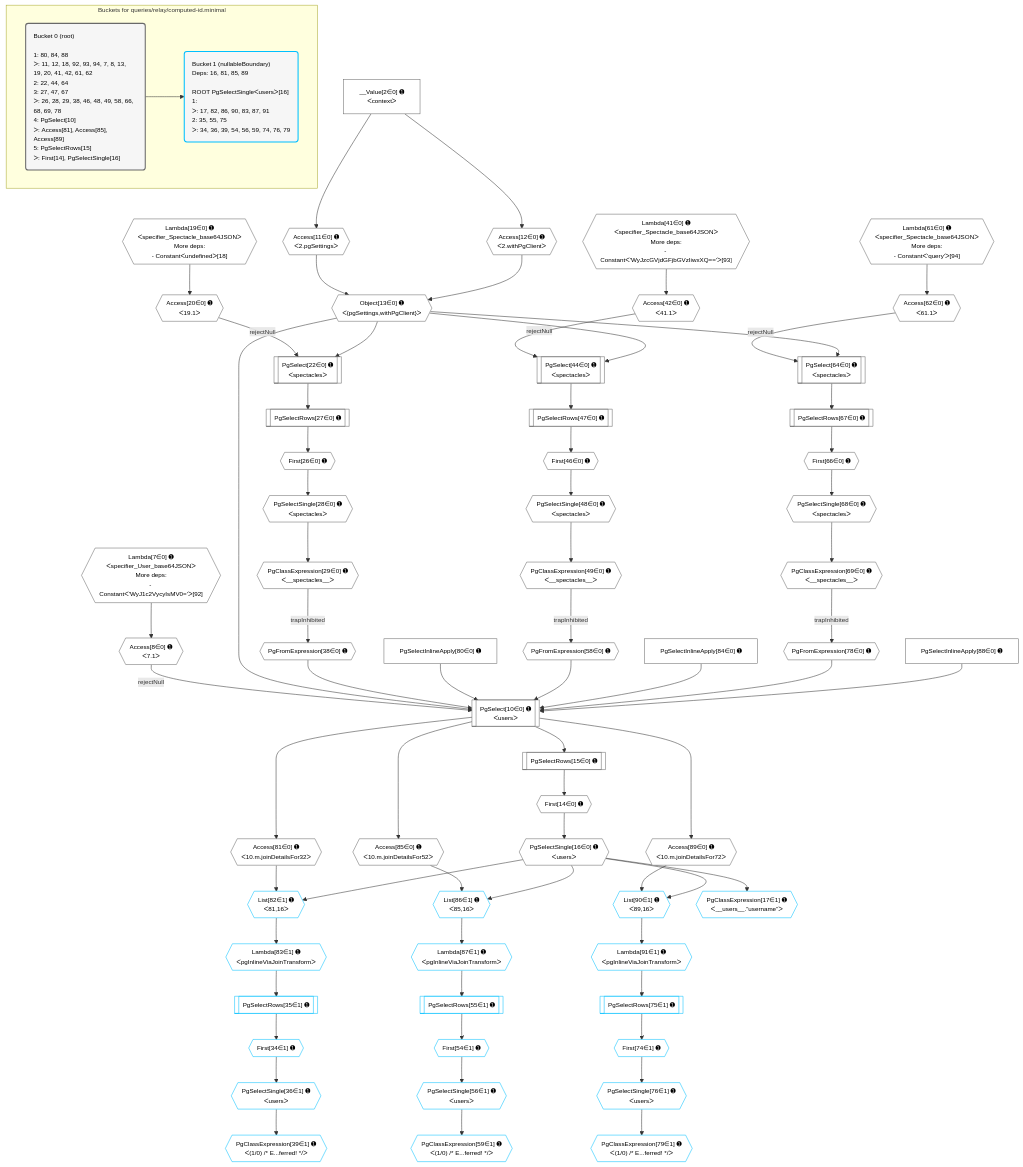
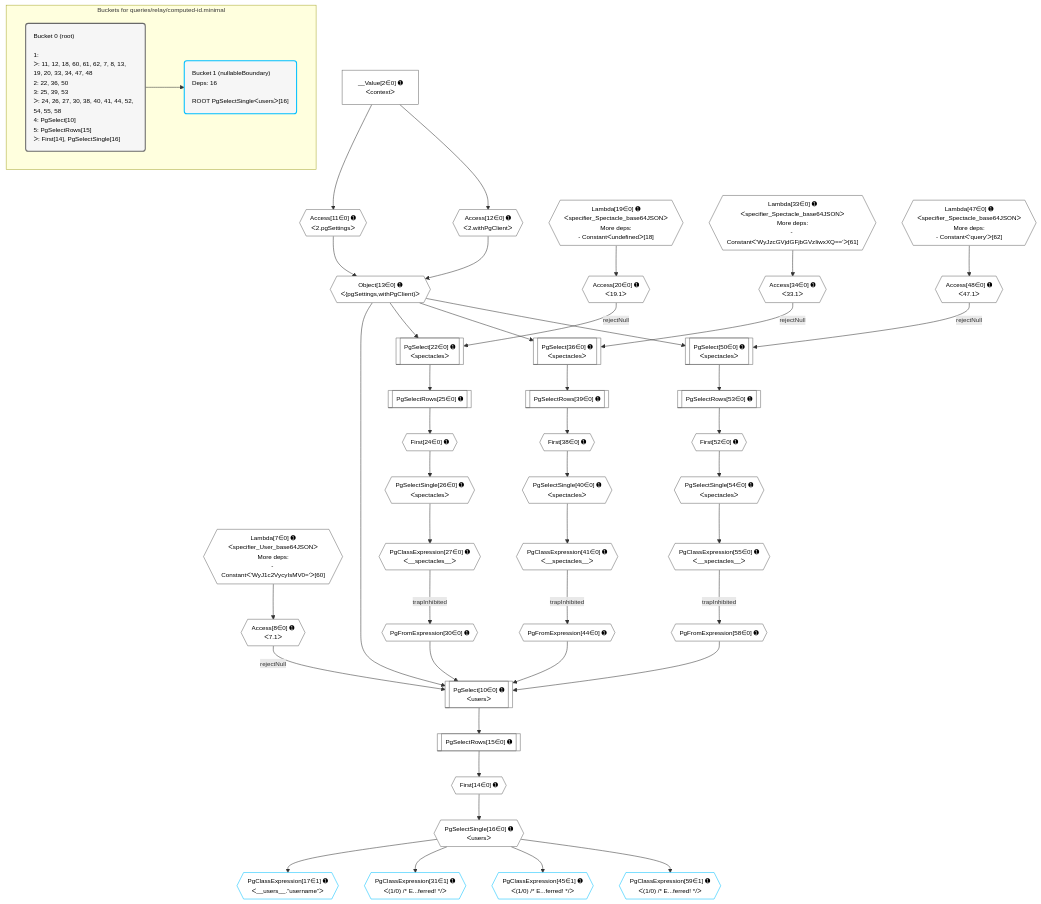
Before and after one commit to graphile/crystal: the diagram in postgraphile/postgraphile/__tests__/queries/relay/computed-id.minimal.mermaid, drawn with Mermaid. The commit also changed 4 other files, not shown here.

Commit message:
Remove some redundancy from SQL by planning inputs in the root layer plan

```diff
--- a/postgraphile/postgraphile/__tests__/queries/relay/computed-id.minimal.mermaid
+++ b/postgraphile/postgraphile/__tests__/queries/relay/computed-id.minimal.mermaid
@@ -1,136 +1,97 @@
 %%{init: {'themeVariables': { 'fontSize': '12px'}}}%%
 graph TD
     classDef path fill:#eee,stroke:#000,color:#000
     classDef plan fill:#fff,stroke-width:1px,color:#000
     classDef itemplan fill:#fff,stroke-width:2px,color:#000
     classDef unbatchedplan fill:#dff,stroke-width:1px,color:#000
     classDef sideeffectplan fill:#fcc,stroke-width:2px,color:#000
     classDef bucket fill:#f6f6f6,color:#000,stroke-width:2px,text-align:left
 
     subgraph "Buckets for queries/relay/computed-id.minimal"
-    Bucket0("Bucket 0 (root)<br /><br />1: 80, 84, 88<br />ᐳ: 11, 12, 18, 92, 93, 94, 7, 8, 13, 19, 20, 41, 42, 61, 62<br />2: 22, 44, 64<br />3: 27, 47, 67<br />ᐳ: 26, 28, 29, 38, 46, 48, 49, 58, 66, 68, 69, 78<br />4: PgSelect[10]<br />ᐳ: Access[81], Access[85], Access[89]<br />5: PgSelectRows[15]<br />ᐳ: First[14], PgSelectSingle[16]"):::bucket
-    Bucket1("Bucket 1 (nullableBoundary)<br />Deps: 16, 81, 85, 89<br /><br />ROOT PgSelectSingleᐸusersᐳ[16]<br />1: <br />ᐳ: 17, 82, 86, 90, 83, 87, 91<br />2: 35, 55, 75<br />ᐳ: 34, 36, 39, 54, 56, 59, 74, 76, 79"):::bucket
+    Bucket0("Bucket 0 (root)<br /><br />1: <br />ᐳ: 11, 12, 18, 60, 61, 62, 7, 8, 13, 19, 20, 33, 34, 47, 48<br />2: 22, 36, 50<br />3: 25, 39, 53<br />ᐳ: 24, 26, 27, 30, 38, 40, 41, 44, 52, 54, 55, 58<br />4: PgSelect[10]<br />5: PgSelectRows[15]<br />ᐳ: First[14], PgSelectSingle[16]"):::bucket
+    Bucket1("Bucket 1 (nullableBoundary)<br />Deps: 16<br /><br />ROOT PgSelectSingleᐸusersᐳ[16]"):::bucket
     end
     Bucket0 --> Bucket1
 
     %% plan dependencies
     PgSelect10[["PgSelect[10∈0] ➊<br />ᐸusersᐳ"]]:::plan
     Object13{{"Object[13∈0] ➊<br />ᐸ{pgSettings,withPgClient}ᐳ"}}:::plan
     Access8{{"Access[8∈0] ➊<br />ᐸ7.1ᐳ"}}:::plan
-    PgFromExpression38{{"PgFromExpression[38∈0] ➊"}}:::plan
-    PgSelectInlineApply80["PgSelectInlineApply[80∈0] ➊"]:::plan
+    PgFromExpression30{{"PgFromExpression[30∈0] ➊"}}:::plan
+    PgFromExpression44{{"PgFromExpression[44∈0] ➊"}}:::plan
     PgFromExpression58{{"PgFromExpression[58∈0] ➊"}}:::plan
-    PgSelectInlineApply84["PgSelectInlineApply[84∈0] ➊"]:::plan
-    PgFromExpression78{{"PgFromExpression[78∈0] ➊"}}:::plan
-    PgSelectInlineApply88["PgSelectInlineApply[88∈0] ➊"]:::plan
     Access8 -->|rejectNull| PgSelect10
-    Object13 & PgFromExpression38 & PgSelectInlineApply80 & PgFromExpression58 & PgSelectInlineApply84 & PgFromExpression78 & PgSelectInlineApply88 --> PgSelect10
+    Object13 & PgFromExpression30 & PgFromExpression44 & PgFromExpression58 --> PgSelect10
     Access11{{"Access[11∈0] ➊<br />ᐸ2.pgSettingsᐳ"}}:::plan
     Access12{{"Access[12∈0] ➊<br />ᐸ2.withPgClientᐳ"}}:::plan
     Access11 & Access12 --> Object13
     PgSelect22[["PgSelect[22∈0] ➊<br />ᐸspectaclesᐳ"]]:::plan
     Access20{{"Access[20∈0] ➊<br />ᐸ19.1ᐳ"}}:::plan
     Access20 -->|rejectNull| PgSelect22
     Object13 --> PgSelect22
-    PgSelect44[["PgSelect[44∈0] ➊<br />ᐸspectaclesᐳ"]]:::plan
-    Access42{{"Access[42∈0] ➊<br />ᐸ41.1ᐳ"}}:::plan
-    Access42 -->|rejectNull| PgSelect44
-    Object13 --> PgSelect44
-    PgSelect64[["PgSelect[64∈0] ➊<br />ᐸspectaclesᐳ"]]:::plan
-    Access62{{"Access[62∈0] ➊<br />ᐸ61.1ᐳ"}}:::plan
-    Access62 -->|rejectNull| PgSelect64
-    Object13 --> PgSelect64
-    Lambda7{{"Lambda[7∈0] ➊<br />ᐸspecifier_User_base64JSONᐳ<br />More deps:<br />- Constantᐸ'WyJ1c2VycyIsMV0='ᐳ[92]"}}:::plan
+    PgSelect36[["PgSelect[36∈0] ➊<br />ᐸspectaclesᐳ"]]:::plan
+    Access34{{"Access[34∈0] ➊<br />ᐸ33.1ᐳ"}}:::plan
+    Access34 -->|rejectNull| PgSelect36
+    Object13 --> PgSelect36
+    PgSelect50[["PgSelect[50∈0] ➊<br />ᐸspectaclesᐳ"]]:::plan
+    Access48{{"Access[48∈0] ➊<br />ᐸ47.1ᐳ"}}:::plan
+    Access48 -->|rejectNull| PgSelect50
+    Object13 --> PgSelect50
+    Lambda7{{"Lambda[7∈0] ➊<br />ᐸspecifier_User_base64JSONᐳ<br />More deps:<br />- Constantᐸ'WyJ1c2VycyIsMV0='ᐳ[60]"}}:::plan
     Lambda7 --> Access8
     __Value2["__Value[2∈0] ➊<br />ᐸcontextᐳ"]:::plan
     __Value2 --> Access11
     __Value2 --> Access12
     First14{{"First[14∈0] ➊"}}:::plan
     PgSelectRows15[["PgSelectRows[15∈0] ➊"]]:::plan
     PgSelectRows15 --> First14
     PgSelect10 --> PgSelectRows15
     PgSelectSingle16{{"PgSelectSingle[16∈0] ➊<br />ᐸusersᐳ"}}:::plan
     First14 --> PgSelectSingle16
     Lambda19{{"Lambda[19∈0] ➊<br />ᐸspecifier_Spectacle_base64JSONᐳ<br />More deps:<br />- Constantᐸundefinedᐳ[18]"}}:::plan
     Lambda19 --> Access20
-    First26{{"First[26∈0] ➊"}}:::plan
-    PgSelectRows27[["PgSelectRows[27∈0] ➊"]]:::plan
-    PgSelectRows27 --> First26
-    PgSelect22 --> PgSelectRows27
-    PgSelectSingle28{{"PgSelectSingle[28∈0] ➊<br />ᐸspectaclesᐳ"}}:::plan
-    First26 --> PgSelectSingle28
-    PgClassExpression29{{"PgClassExpression[29∈0] ➊<br />ᐸ__spectacles__ᐳ"}}:::plan
-    PgSelectSingle28 --> PgClassExpression29
-    PgClassExpression29 -->|trapInhibited| PgFromExpression38
-    Lambda41{{"Lambda[41∈0] ➊<br />ᐸspecifier_Spectacle_base64JSONᐳ<br />More deps:<br />- Constantᐸ'WyJzcGVjdGFjbGVzIiwxXQ=='ᐳ[93]"}}:::plan
-    Lambda41 --> Access42
-    First46{{"First[46∈0] ➊"}}:::plan
-    PgSelectRows47[["PgSelectRows[47∈0] ➊"]]:::plan
-    PgSelectRows47 --> First46
-    PgSelect44 --> PgSelectRows47
-    PgSelectSingle48{{"PgSelectSingle[48∈0] ➊<br />ᐸspectaclesᐳ"}}:::plan
-    First46 --> PgSelectSingle48
-    PgClassExpression49{{"PgClassExpression[49∈0] ➊<br />ᐸ__spectacles__ᐳ"}}:::plan
-    PgSelectSingle48 --> PgClassExpression49
-    PgClassExpression49 -->|trapInhibited| PgFromExpression58
-    Lambda61{{"Lambda[61∈0] ➊<br />ᐸspecifier_Spectacle_base64JSONᐳ<br />More deps:<br />- Constantᐸ'query'ᐳ[94]"}}:::plan
-    Lambda61 --> Access62
-    First66{{"First[66∈0] ➊"}}:::plan
-    PgSelectRows67[["PgSelectRows[67∈0] ➊"]]:::plan
-    PgSelectRows67 --> First66
-    PgSelect64 --> PgSelectRows67
-    PgSelectSingle68{{"PgSelectSingle[68∈0] ➊<br />ᐸspectaclesᐳ"}}:::plan
-    First66 --> PgSelectSingle68
-    PgClassExpression69{{"PgClassExpression[69∈0] ➊<br />ᐸ__spectacles__ᐳ"}}:::plan
-    PgSelectSingle68 --> PgClassExpression69
-    PgClassExpression69 -->|trapInhibited| PgFromExpression78
-    Access81{{"Access[81∈0] ➊<br />ᐸ10.m.joinDetailsFor32ᐳ"}}:::plan
-    PgSelect10 --> Access81
-    Access85{{"Access[85∈0] ➊<br />ᐸ10.m.joinDetailsFor52ᐳ"}}:::plan
-    PgSelect10 --> Access85
-    Access89{{"Access[89∈0] ➊<br />ᐸ10.m.joinDetailsFor72ᐳ"}}:::plan
-    PgSelect10 --> Access89
-    List82{{"List[82∈1] ➊<br />ᐸ81,16ᐳ"}}:::plan
-    Access81 & PgSelectSingle16 --> List82
-    List86{{"List[86∈1] ➊<br />ᐸ85,16ᐳ"}}:::plan
-    Access85 & PgSelectSingle16 --> List86
-    List90{{"List[90∈1] ➊<br />ᐸ89,16ᐳ"}}:::plan
-    Access89 & PgSelectSingle16 --> List90
+    First24{{"First[24∈0] ➊"}}:::plan
+    PgSelectRows25[["PgSelectRows[25∈0] ➊"]]:::plan
+    PgSelectRows25 --> First24
+    PgSelect22 --> PgSelectRows25
+    PgSelectSingle26{{"PgSelectSingle[26∈0] ➊<br />ᐸspectaclesᐳ"}}:::plan
+    First24 --> PgSelectSingle26
+    PgClassExpression27{{"PgClassExpression[27∈0] ➊<br />ᐸ__spectacles__ᐳ"}}:::plan
+    PgSelectSingle26 --> PgClassExpression27
+    PgClassExpression27 -->|trapInhibited| PgFromExpression30
+    Lambda33{{"Lambda[33∈0] ➊<br />ᐸspecifier_Spectacle_base64JSONᐳ<br />More deps:<br />- Constantᐸ'WyJzcGVjdGFjbGVzIiwxXQ=='ᐳ[61]"}}:::plan
+    Lambda33 --> Access34
+    First38{{"First[38∈0] ➊"}}:::plan
+    PgSelectRows39[["PgSelectRows[39∈0] ➊"]]:::plan
+    PgSelectRows39 --> First38
+    PgSelect36 --> PgSelectRows39
+    PgSelectSingle40{{"PgSelectSingle[40∈0] ➊<br />ᐸspectaclesᐳ"}}:::plan
+    First38 --> PgSelectSingle40
+    PgClassExpression41{{"PgClassExpression[41∈0] ➊<br />ᐸ__spectacles__ᐳ"}}:::plan
+    PgSelectSingle40 --> PgClassExpression41
+    PgClassExpression41 -->|trapInhibited| PgFromExpression44
+    Lambda47{{"Lambda[47∈0] ➊<br />ᐸspecifier_Spectacle_base64JSONᐳ<br />More deps:<br />- Constantᐸ'query'ᐳ[62]"}}:::plan
+    Lambda47 --> Access48
+    First52{{"First[52∈0] ➊"}}:::plan
+    PgSelectRows53[["PgSelectRows[53∈0] ➊"]]:::plan
+    PgSelectRows53 --> First52
+    PgSelect50 --> PgSelectRows53
+    PgSelectSingle54{{"PgSelectSingle[54∈0] ➊<br />ᐸspectaclesᐳ"}}:::plan
+    First52 --> PgSelectSingle54
+    PgClassExpression55{{"PgClassExpression[55∈0] ➊<br />ᐸ__spectacles__ᐳ"}}:::plan
+    PgSelectSingle54 --> PgClassExpression55
+    PgClassExpression55 -->|trapInhibited| PgFromExpression58
     PgClassExpression17{{"PgClassExpression[17∈1] ➊<br />ᐸ__users__.”username”ᐳ"}}:::plan
     PgSelectSingle16 --> PgClassExpression17
-    First34{{"First[34∈1] ➊"}}:::plan
-    PgSelectRows35[["PgSelectRows[35∈1] ➊"]]:::plan
-    PgSelectRows35 --> First34
-    Lambda83{{"Lambda[83∈1] ➊<br />ᐸpgInlineViaJoinTransformᐳ"}}:::plan
-    Lambda83 --> PgSelectRows35
-    PgSelectSingle36{{"PgSelectSingle[36∈1] ➊<br />ᐸusersᐳ"}}:::plan
-    First34 --> PgSelectSingle36
-    PgClassExpression39{{"PgClassExpression[39∈1] ➊<br />ᐸ(1/0) /* E...ferred! */ᐳ"}}:::plan
-    PgSelectSingle36 --> PgClassExpression39
-    First54{{"First[54∈1] ➊"}}:::plan
-    PgSelectRows55[["PgSelectRows[55∈1] ➊"]]:::plan
-    PgSelectRows55 --> First54
-    Lambda87{{"Lambda[87∈1] ➊<br />ᐸpgInlineViaJoinTransformᐳ"}}:::plan
-    Lambda87 --> PgSelectRows55
-    PgSelectSingle56{{"PgSelectSingle[56∈1] ➊<br />ᐸusersᐳ"}}:::plan
-    First54 --> PgSelectSingle56
+    PgClassExpression31{{"PgClassExpression[31∈1] ➊<br />ᐸ(1/0) /* E...ferred! */ᐳ"}}:::plan
+    PgSelectSingle16 --> PgClassExpression31
+    PgClassExpression45{{"PgClassExpression[45∈1] ➊<br />ᐸ(1/0) /* E...ferred! */ᐳ"}}:::plan
+    PgSelectSingle16 --> PgClassExpression45
     PgClassExpression59{{"PgClassExpression[59∈1] ➊<br />ᐸ(1/0) /* E...ferred! */ᐳ"}}:::plan
-    PgSelectSingle56 --> PgClassExpression59
-    First74{{"First[74∈1] ➊"}}:::plan
-    PgSelectRows75[["PgSelectRows[75∈1] ➊"]]:::plan
-    PgSelectRows75 --> First74
-    Lambda91{{"Lambda[91∈1] ➊<br />ᐸpgInlineViaJoinTransformᐳ"}}:::plan
-    Lambda91 --> PgSelectRows75
-    PgSelectSingle76{{"PgSelectSingle[76∈1] ➊<br />ᐸusersᐳ"}}:::plan
-    First74 --> PgSelectSingle76
-    PgClassExpression79{{"PgClassExpression[79∈1] ➊<br />ᐸ(1/0) /* E...ferred! */ᐳ"}}:::plan
-    PgSelectSingle76 --> PgClassExpression79
-    List82 --> Lambda83
-    List86 --> Lambda87
-    List90 --> Lambda91
+    PgSelectSingle16 --> PgClassExpression59
 
     %% define steps
     classDef bucket0 stroke:#696969
-    class Bucket0,__Value2,Lambda7,Access8,PgSelect10,Access11,Access12,Object13,First14,PgSelectRows15,PgSelectSingle16,Lambda19,Access20,PgSelect22,First26,PgSelectRows27,PgSelectSingle28,PgClassExpression29,PgFromExpression38,Lambda41,Access42,PgSelect44,First46,PgSelectRows47,PgSelectSingle48,PgClassExpression49,PgFromExpression58,Lambda61,Access62,PgSelect64,First66,PgSelectRows67,PgSelectSingle68,PgClassExpression69,PgFromExpression78,PgSelectInlineApply80,Access81,PgSelectInlineApply84,Access85,PgSelectInlineApply88,Access89 bucket0
+    class Bucket0,__Value2,Lambda7,Access8,PgSelect10,Access11,Access12,Object13,First14,PgSelectRows15,PgSelectSingle16,Lambda19,Access20,PgSelect22,First24,PgSelectRows25,PgSelectSingle26,PgClassExpression27,PgFromExpression30,Lambda33,Access34,PgSelect36,First38,PgSelectRows39,PgSelectSingle40,PgClassExpression41,PgFromExpression44,Lambda47,Access48,PgSelect50,First52,PgSelectRows53,PgSelectSingle54,PgClassExpression55,PgFromExpression58 bucket0
     classDef bucket1 stroke:#00bfff
-    class Bucket1,PgClassExpression17,First34,PgSelectRows35,PgSelectSingle36,PgClassExpression39,First54,PgSelectRows55,PgSelectSingle56,PgClassExpression59,First74,PgSelectRows75,PgSelectSingle76,PgClassExpression79,List82,Lambda83,List86,Lambda87,List90,Lambda91 bucket1
+    class Bucket1,PgClassExpression17,PgClassExpression31,PgClassExpression45,PgClassExpression59 bucket1
```
